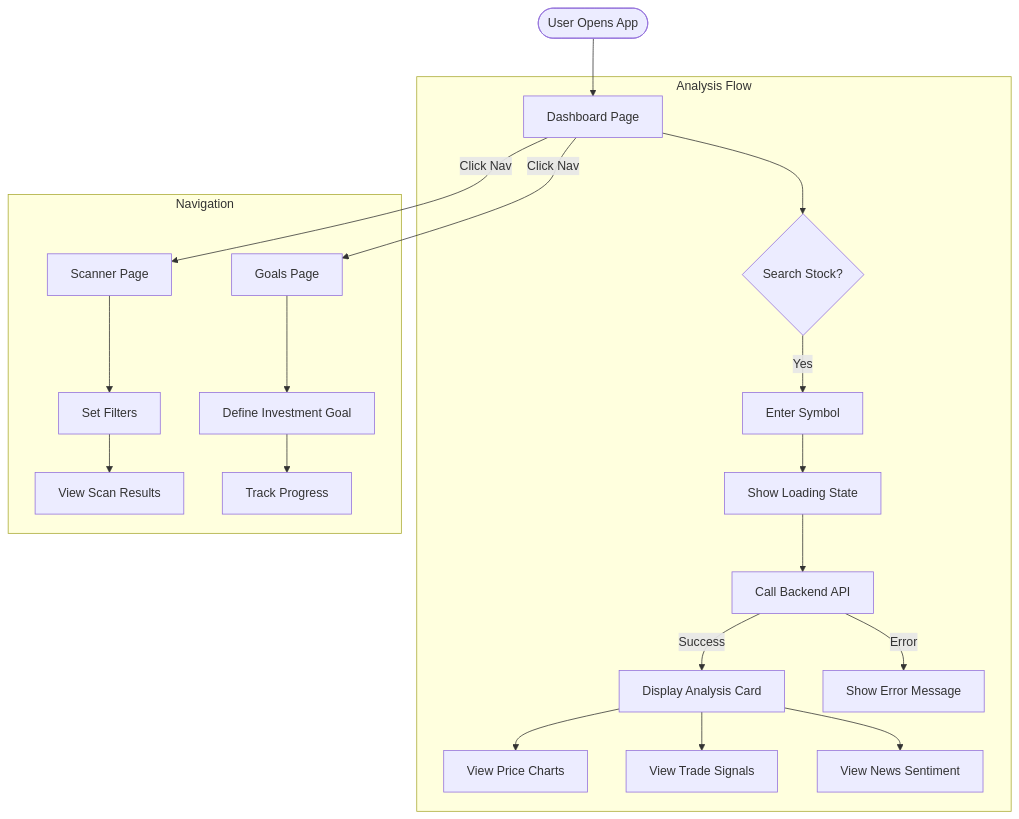
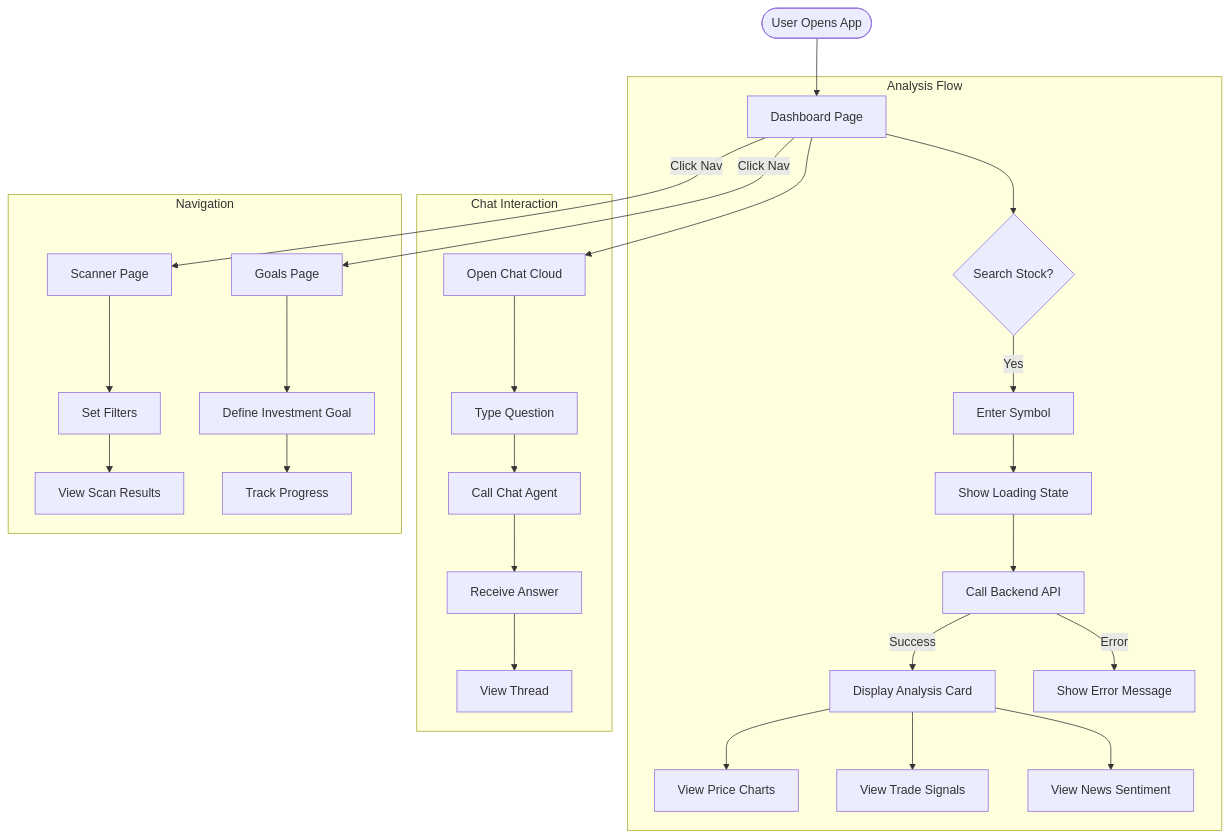
Before and after one commit to kushgarg132/AI_Stock_Investor: the second of 5 diagrams in ARCHITECTURE.md, drawn with Mermaid. The commit also changed other lines of this file and 14 other files, not shown here.

Commit message:
feat: Introduce comprehensive backend tests, update architecture documentation to include chat agent and deployment, and remove obsolete scripts.

````diff
--- a/ARCHITECTURE.md
+++ b/ARCHITECTURE.md
@@ -72,29 +82,37 @@
 ```mermaid
 flowchart TD
     Start([User Opens App]) --> Dashboard[Dashboard Page]
 
     subgraph "Analysis Flow"
         Dashboard --> Search{Search Stock?}
         Search -->|Yes| Input[Enter Symbol]
         Input --> Loading[Show Loading State]
         Loading --> API_Call[Call Backend API]
 
         API_Call -->|Success| Display[Display Analysis Card]
         Display --> Charts[View Price Charts]
         Display --> Signals[View Trade Signals]
         Display --> News[View News Sentiment]
 
         API_Call -->|Error| ErrMsg[Show Error Message]
     end
 
+    subgraph "Chat Interaction"
+        Dashboard --> OpenChat[Open Chat Cloud]
+        OpenChat --> Query[Type Question]
+        Query --> ChatAPI[Call Chat Agent]
+        ChatAPI --> BotRes[Receive Answer]
+        BotRes --> Conversation[View Thread]
+    end
+
     subgraph "Navigation"
         Dashboard -->|Click Nav| Scanner[Scanner Page]
         Dashboard -->|Click Nav| Goals[Goals Page]
 
         Scanner --> Filter[Set Filters]
         Filter --> ScanResults[View Scan Results]
 
         Goals --> SetGoal[Define Investment Goal]
         SetGoal --> Track[Track Progress]
     end
 ```
````
